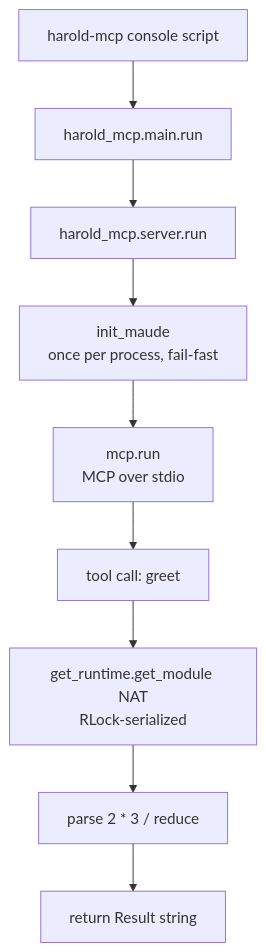
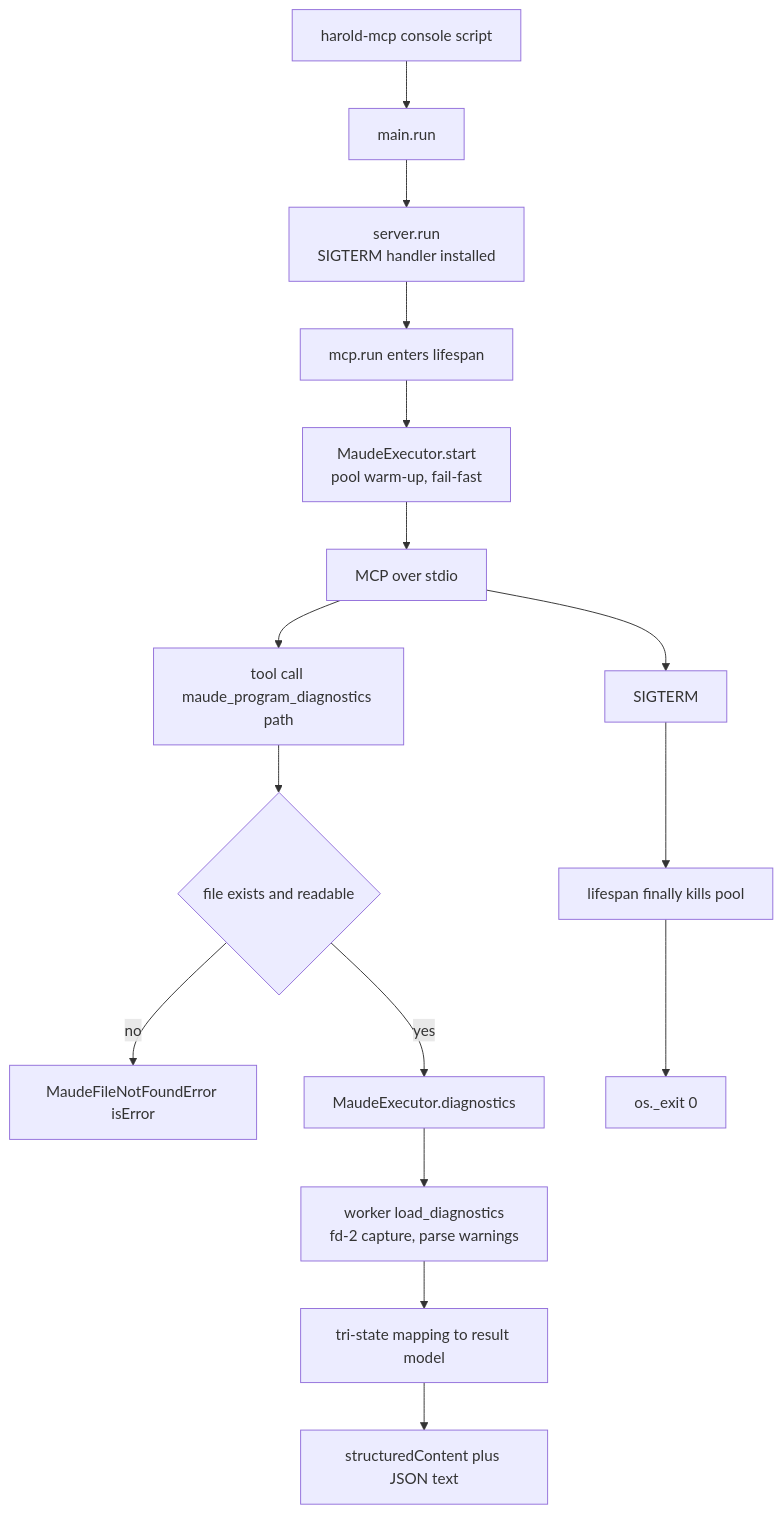
Before and after one commit to demiourgoi/Harold: the first of 2 diagrams in harold-mcp/.agents/summary/workflows.md, drawn with Mermaid. The commit also changed other lines of this file and 11 other files, not shown here.

````diff
--- a/harold-mcp/.agents/summary/workflows.md
+++ b/harold-mcp/.agents/summary/workflows.md
@@ -21,11 +26,18 @@
 ```mermaid
 flowchart TD
-    A[harold-mcp console script] --> B[harold_mcp.main.run]
-    B --> C[harold_mcp.server.run]
-    C --> D[init_maude<br>once per process, fail-fast]
-    D --> E[mcp.run<br>MCP over stdio]
-    E --> F[tool call: greet]
-    F --> G[get_runtime.get_module NAT<br>RLock-serialized]
-    G --> H[parse 2 * 3 / reduce]
-    H --> I[return Result string]
+    A[harold-mcp console script] --> B[main.run]
+    B --> C[server.run<br>SIGTERM handler installed]
+    C --> D[mcp.run enters lifespan]
+    D --> E[MaudeExecutor.start<br>pool warm-up, fail-fast]
+    E --> F[MCP over stdio]
+    F --> G[tool call maude_program_diagnostics path]
+    G --> H{file exists and readable}
+    H -->|no| I[MaudeFileNotFoundError isError]
+    H -->|yes| J[MaudeExecutor.diagnostics]
+    J --> K[worker load_diagnostics<br>fd-2 capture, parse warnings]
+    K --> L[tri-state mapping to result model]
+    L --> M[structuredContent plus JSON text]
+    F --> N[SIGTERM]
+    N --> O[lifespan finally kills pool]
+    O --> P[os._exit 0]
 ```
````
